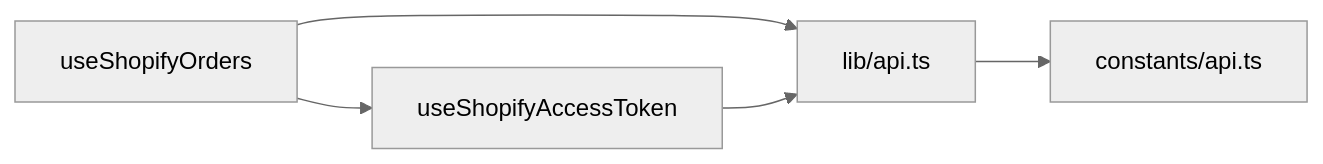
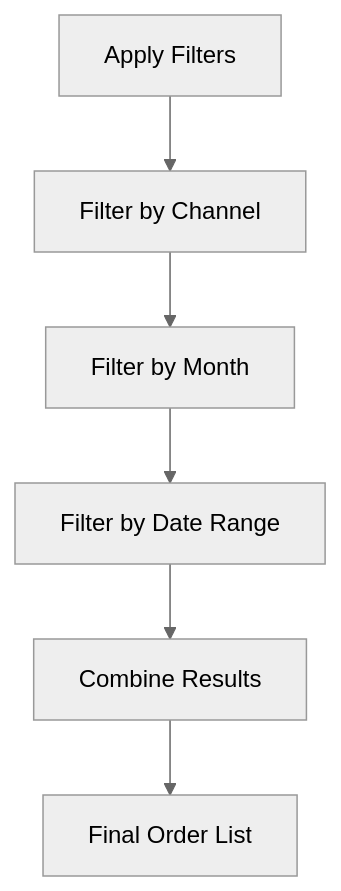
One commit to Muhammad-Masood/tijarah-ai-app changed the fourth of 4 diagrams in .qoder/repowiki/en/content/Marketplace Integration/Shopify Integration/Order Management.md. Above: the diagram before and after it, drawn with Mermaid (neutral theme). The commit also changed other lines of this file and 11 other files, not shown here.

````diff
--- a/.qoder/repowiki/en/content/Marketplace Integration/Shopify Integration/Order Management.md
+++ b/.qoder/repowiki/en/content/Marketplace Integration/Shopify Integration/Order Management.md
@@ -243,7 +190,8 @@
 ```mermaid
-graph LR
-useShopifyOrders["useShopifyOrders"] --> useShopifyAccessToken["useShopifyAccessToken"]
-useShopifyOrders --> api_ts["lib/api.ts"]
-useShopifyAccessToken --> api_ts
-api_ts --> constants_api["constants/api.ts"]
+flowchart TD
+FilterStart["Apply Filters"] --> ChannelFilter["Filter by Channel"]
+ChannelFilter --> MonthFilter["Filter by Month"]
+MonthFilter --> DateRangeFilter["Filter by Date Range"]
+DateRangeFilter --> CombineResults["Combine Results"]
+CombineResults --> FinalList["Final Order List"]
 ```
````
